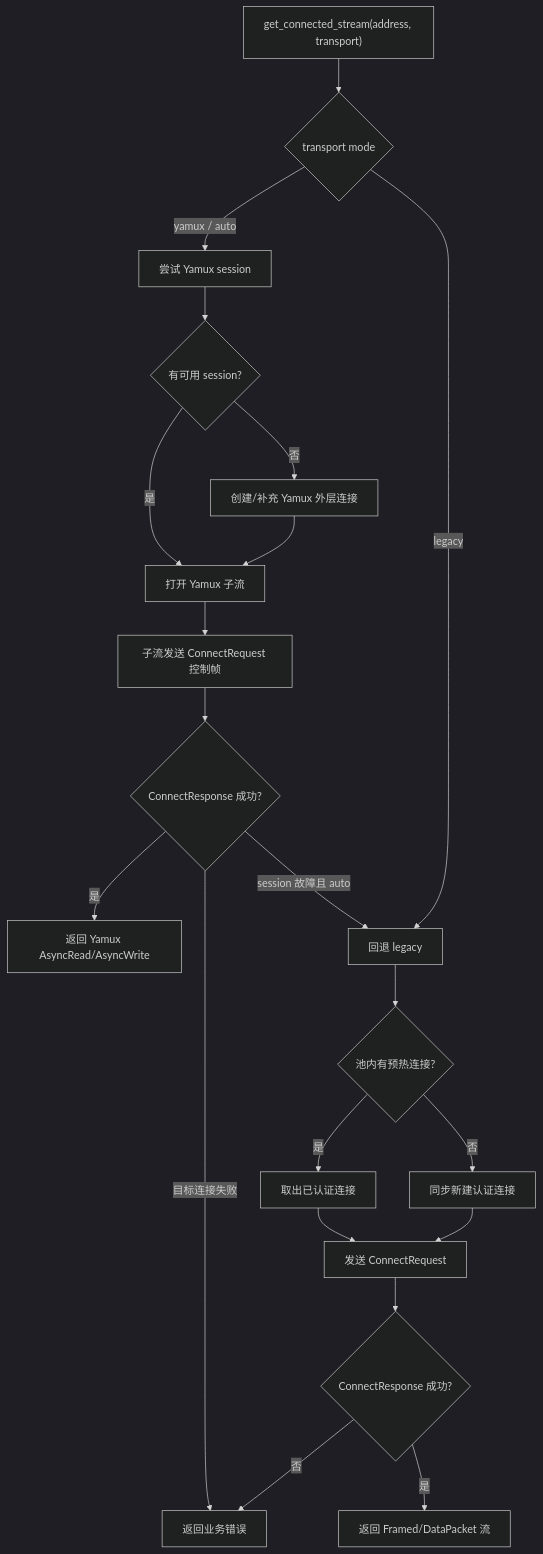
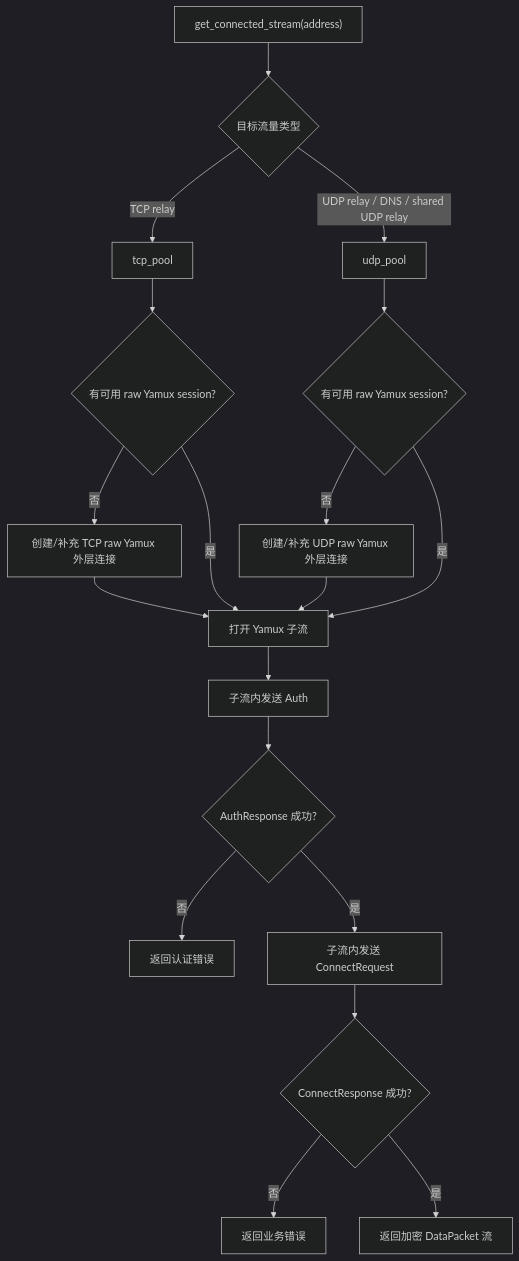
The diagram in docs/diagrams/04-connection-pool.mmd (quhxuxm/ppaass-ai), drawn with Mermaid (dark theme) before and after one commit. The commit also changed 91 other files, not shown here.

First line of the commit message:
Add configuration files for local Yamux smoke tests and documentation for substream data packet flow

```diff
--- a/docs/diagrams/04-connection-pool.mmd
+++ b/docs/diagrams/04-connection-pool.mmd
@@ -1,22 +1,19 @@
 flowchart TD
-    A["get_connected_stream(address, transport)"] --> B{"transport mode"}
-    B -->|"yamux / auto"| C["尝试 Yamux session"]
-    C --> D{"有可用 session?"}
-    D -->|"否"| E["创建/补充 Yamux 外层连接"]
-    D -->|"是"| F["打开 Yamux 子流"]
-    E --> F
-    F --> G["子流发送 ConnectRequest 控制帧"]
-    G --> H{"ConnectResponse 成功?"}
-    H -->|"是"| I["返回 Yamux AsyncRead/AsyncWrite"]
-    H -->|"目标连接失败"| Z["返回业务错误"]
-    H -->|"session 故障且 auto"| J["回退 legacy"]
-
-    B -->|"legacy"| J
-    J --> K{"池内有预热连接?"}
-    K -->|"是"| L["取出已认证连接"]
-    K -->|"否"| M["同步新建认证连接"]
-    L --> N["发送 ConnectRequest"]
-    M --> N
-    N --> O{"ConnectResponse 成功?"}
-    O -->|"是"| P["返回 Framed/DataPacket 流"]
-    O -->|"否"| Z
+    A["get_connected_stream(address)"] --> B{"目标流量类型"}
+    B -->|"TCP relay"| C["tcp_pool"]
+    B -->|"UDP relay / DNS / shared UDP relay"| D["udp_pool"]
+    C --> E{"有可用 raw Yamux session?"}
+    D --> F{"有可用 raw Yamux session?"}
+    E -->|"否"| G["创建/补充 TCP raw Yamux 外层连接"]
+    F -->|"否"| H["创建/补充 UDP raw Yamux 外层连接"]
+    E -->|"是"| I["打开 Yamux 子流"]
+    F -->|"是"| I
+    G --> I
+    H --> I
+    I --> J["子流内发送 Auth"]
+    J --> K{"AuthResponse 成功?"}
+    K -->|"否"| Z["返回认证错误"]
+    K -->|"是"| L["子流内发送 ConnectRequest"]
+    L --> M{"ConnectResponse 成功?"}
+    M -->|"否"| Y["返回业务错误"]
+    M -->|"是"| N["返回加密 DataPacket 流"]
```
